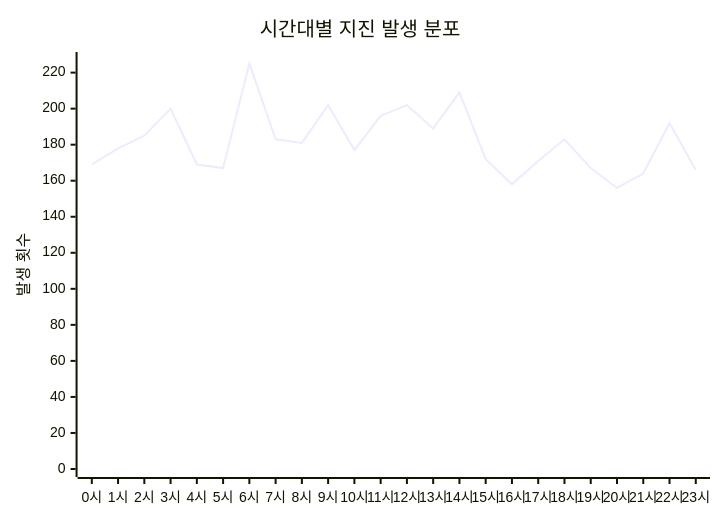
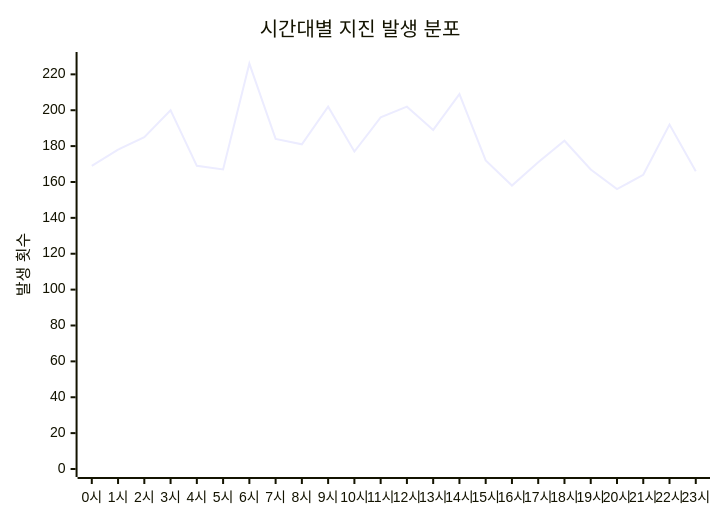
One commit to serendip811/japan-eq changed the diagram in charts/time-chart.md. Above: the diagram before and after it, drawn with Mermaid. The commit also changed other lines of this file and 5 other files, not shown here.

Commit message:
Update earthquake data and charts Mon Jun 15 08:00:42 UTC 2026

````diff
--- a/charts/time-chart.md
+++ b/charts/time-chart.md
@@ -3,7 +3,7 @@
 ```mermaid
 xychart-beta
     title "시간대별 지진 발생 분포"
     x-axis ["0시", "1시", "2시", "3시", "4시", "5시", "6시", "7시", "8시", "9시", "10시", "11시", "12시", "13시", "14시", "15시", "16시", "17시", "18시", "19시", "20시", "21시", "22시", "23시"]
-    y-axis "발생 횟수" 0 --> 227
-    line [169, 178, 185, 200, 169, 167, 225, 183, 181, 202, 177, 196, 202, 189, 209, 172, 158, 171, 183, 167, 156, 164, 192, 166]
+    y-axis "발생 횟수" 0 --> 228
+    line [169, 178, 185, 200, 169, 167, 226, 184, 181, 202, 177, 196, 202, 189, 209, 172, 158, 171, 183, 167, 156, 164, 192, 166]
 ```
````
